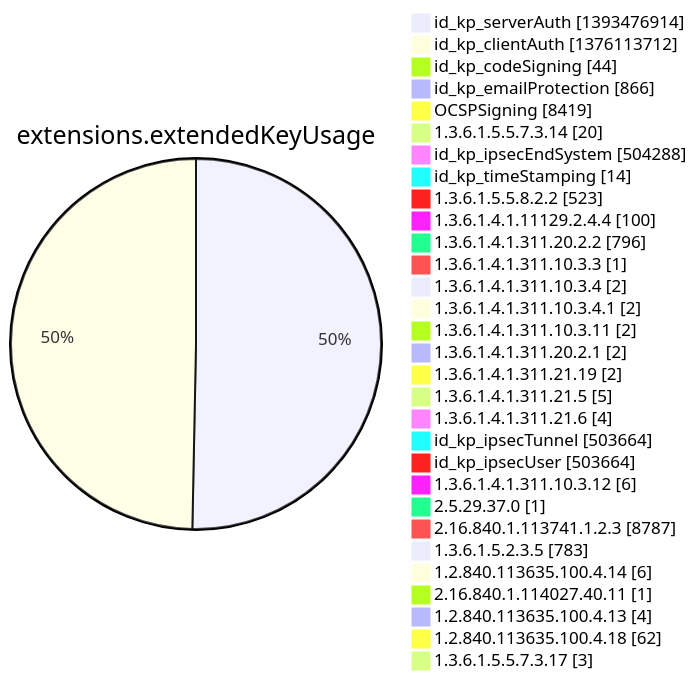
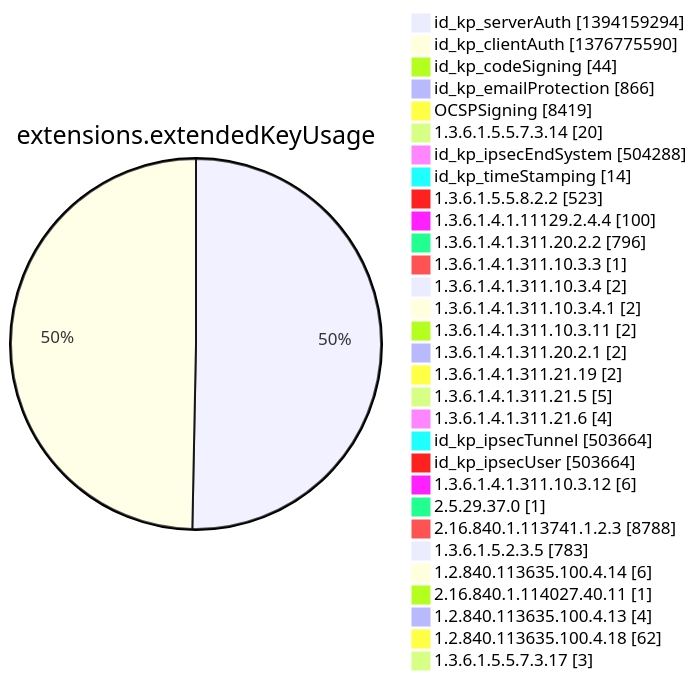
Diagram 12 of 15 in argon2022/README.md (christiankrug/ctmonitor_visualization), drawn with Mermaid before and after one commit. The commit also changed other lines of this file, not shown here.

````diff
--- a/argon2022/README.md
+++ b/argon2022/README.md
@@ -3554,34 +3554,34 @@
 ```mermaid
 pie showData
 title extensions.extendedKeyUsage
-"id_kp_serverAuth" :1393476914
-"id_kp_clientAuth" :1376113712
+"id_kp_serverAuth" :1394159294
+"id_kp_clientAuth" :1376775590
 "id_kp_codeSigning" :44
 "id_kp_emailProtection" :866
 "OCSPSigning" :8419
 "1.3.6.1.5.5.7.3.14" :20
 "id_kp_ipsecEndSystem" :504288
 "id_kp_timeStamping" :14
 "1.3.6.1.5.5.8.2.2" :523
 "1.3.6.1.4.1.11129.2.4.4" :100
 "1.3.6.1.4.1.311.20.2.2" :796
 "1.3.6.1.4.1.311.10.3.3" :1
 "1.3.6.1.4.1.311.10.3.4" :2
 "1.3.6.1.4.1.311.10.3.4.1" :2
 "1.3.6.1.4.1.311.10.3.11" :2
 "1.3.6.1.4.1.311.20.2.1" :2
 "1.3.6.1.4.1.311.21.19" :2
 "1.3.6.1.4.1.311.21.5" :5
 "1.3.6.1.4.1.311.21.6" :4
 "id_kp_ipsecTunnel" :503664
 "id_kp_ipsecUser" :503664
 "1.3.6.1.4.1.311.10.3.12" :6
 "2.5.29.37.0" :1
-"2.16.840.1.113741.1.2.3" :8787
+"2.16.840.1.113741.1.2.3" :8788
 "1.3.6.1.5.2.3.5" :783
 "1.2.840.113635.100.4.14" :6
 "2.16.840.1.114027.40.11" :1
 "1.2.840.113635.100.4.13" :4
 "1.2.840.113635.100.4.18" :62
 "1.3.6.1.5.5.7.3.17" :3
 ```
````
